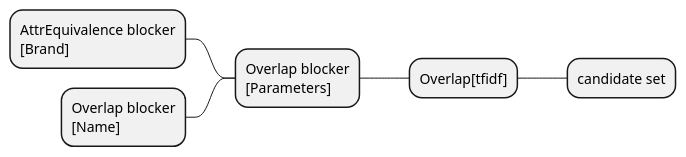
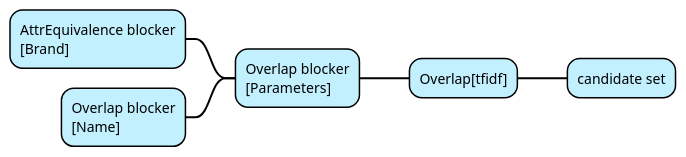
The diagram in documentation/blocking-mindmap.puml (borkox/uni-sofia-entity-linking-magellan), drawn with PlantUML before and after one commit. The commit also changed 1 other file, not shown here.

```diff
--- a/documentation/blocking-mindmap.puml
+++ b/documentation/blocking-mindmap.puml
@@ -1,7 +1,21 @@
 @startmindmap
+
+skinparam backgroundColor transparent
+<style>
+mindmapDiagram {
+  node {
+    BackgroundColor application
+    LineColor black
+  }
+  arrow  {
+     LineColor black
+     LineThickness 2
+  }
+}
+</style>
 + Overlap[tfidf]
 ++ candidate set
 -- Overlap blocker\n[Parameters]
 --- AttrEquivalence blocker\n[Brand]
 --- Overlap blocker\n[Name]
 @endmindmap
```
